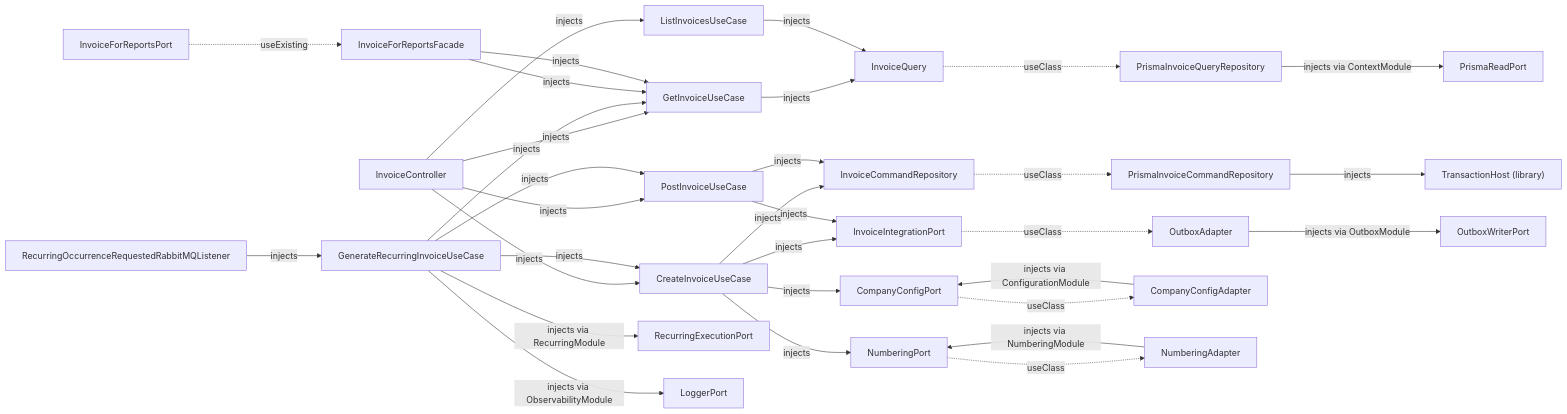
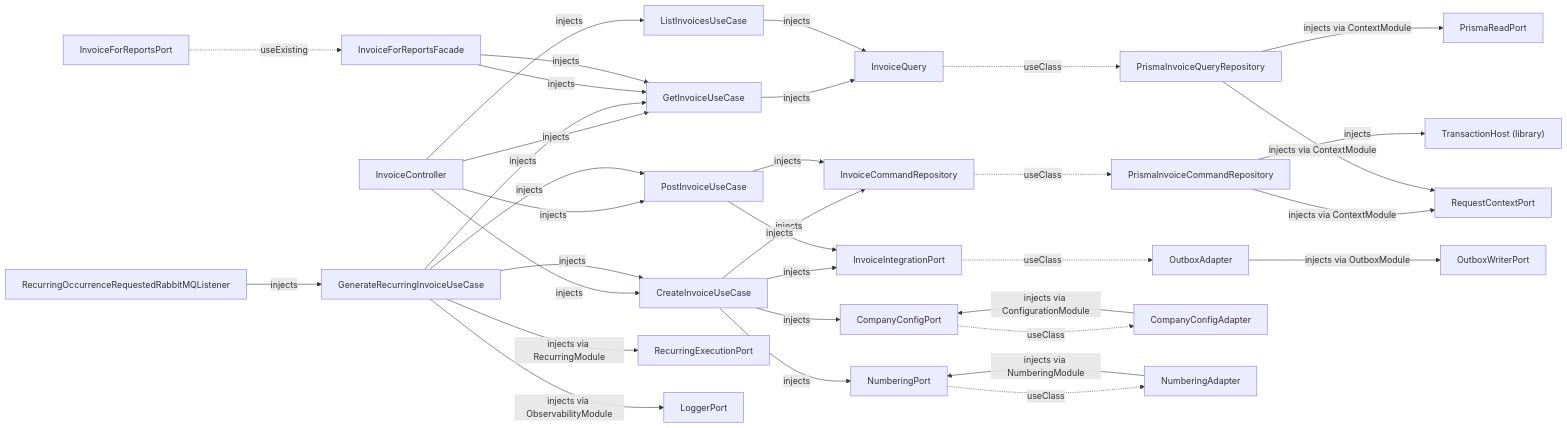
The fifth of 22 diagrams in docs/DI-WIRING.md (ashrafemon/ddd-boilerplate), drawn with Mermaid before and after one commit. The commit also changed other lines of this file and 27 other files, not shown here.

````diff
--- a/docs/DI-WIRING.md
+++ b/docs/DI-WIRING.md
@@ -520,58 +528,61 @@
 ```mermaid
 flowchart LR
     InvoiceForReportsPort["InvoiceForReportsPort"]
     InvoiceForReportsFacade["InvoiceForReportsFacade"]
     InvoiceForReportsPort -.->|useExisting| InvoiceForReportsFacade
     InvoiceCommandRepository["InvoiceCommandRepository"]
     PrismaInvoiceCommandRepository["PrismaInvoiceCommandRepository"]
     InvoiceCommandRepository -.->|useClass| PrismaInvoiceCommandRepository
     InvoiceQuery["InvoiceQuery"]
     PrismaInvoiceQueryRepository["PrismaInvoiceQueryRepository"]
     InvoiceQuery -.->|useClass| PrismaInvoiceQueryRepository
     InvoiceIntegrationPort["InvoiceIntegrationPort"]
     OutboxAdapter["OutboxAdapter"]
     InvoiceIntegrationPort -.->|useClass| OutboxAdapter
     CompanyConfigPort["CompanyConfigPort"]
     CompanyConfigAdapter["CompanyConfigAdapter"]
     CompanyConfigPort -.->|useClass| CompanyConfigAdapter
     NumberingPort["NumberingPort"]
     NumberingAdapter["NumberingAdapter"]
     NumberingPort -.->|useClass| NumberingAdapter
     InvoiceController["InvoiceController"]
     CreateInvoiceUseCase["CreateInvoiceUseCase"]
     InvoiceController -->|injects| CreateInvoiceUseCase
     PostInvoiceUseCase["PostInvoiceUseCase"]
     InvoiceController -->|injects| PostInvoiceUseCase
     GetInvoiceUseCase["GetInvoiceUseCase"]
     InvoiceController -->|injects| GetInvoiceUseCase
     ListInvoicesUseCase["ListInvoicesUseCase"]
     InvoiceController -->|injects| ListInvoicesUseCase
     CreateInvoiceUseCase -->|injects| InvoiceCommandRepository
     CreateInvoiceUseCase -->|injects| InvoiceIntegrationPort
     CreateInvoiceUseCase -->|injects| CompanyConfigPort
     CreateInvoiceUseCase -->|injects| NumberingPort
     PostInvoiceUseCase -->|injects| InvoiceCommandRepository
     PostInvoiceUseCase -->|injects| InvoiceIntegrationPort
     GetInvoiceUseCase -->|injects| InvoiceQuery
     ListInvoicesUseCase -->|injects| InvoiceQuery
     GenerateRecurringInvoiceUseCase["GenerateRecurringInvoiceUseCase"]
     GenerateRecurringInvoiceUseCase -->|injects| CreateInvoiceUseCase
     GenerateRecurringInvoiceUseCase -->|injects| GetInvoiceUseCase
     GenerateRecurringInvoiceUseCase -->|injects| PostInvoiceUseCase
     RecurringExecutionPort["RecurringExecutionPort"]
     GenerateRecurringInvoiceUseCase -->|injects via RecurringModule| RecurringExecutionPort
     LoggerPort["LoggerPort"]
     GenerateRecurringInvoiceUseCase -->|injects via ObservabilityModule| LoggerPort
     RecurringOccurrenceRequestedRabbitMQListener["RecurringOccurrenceRequestedRabbitMQListener"]
     RecurringOccurrenceRequestedRabbitMQListener -->|injects| GenerateRecurringInvoiceUseCase
     InvoiceForReportsFacade -->|injects| GetInvoiceUseCase
     InvoiceForReportsFacade -->|injects| GetInvoiceUseCase
     TransactionHost__library_["TransactionHost (library)"]
     PrismaInvoiceCommandRepository -->|injects| TransactionHost__library_
+    RequestContextPort["RequestContextPort"]
+    PrismaInvoiceCommandRepository -->|injects via ContextModule| RequestContextPort
     PrismaReadPort["PrismaReadPort"]
     PrismaInvoiceQueryRepository -->|injects via ContextModule| PrismaReadPort
+    PrismaInvoiceQueryRepository -->|injects via ContextModule| RequestContextPort
     OutboxWriterPort["OutboxWriterPort"]
     OutboxAdapter -->|injects via OutboxModule| OutboxWriterPort
     CompanyConfigAdapter -->|injects via ConfigurationModule| CompanyConfigPort
     NumberingAdapter -->|injects via NumberingModule| NumberingPort
 ```
````
